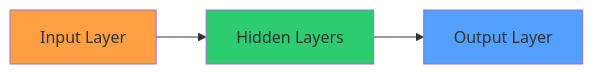
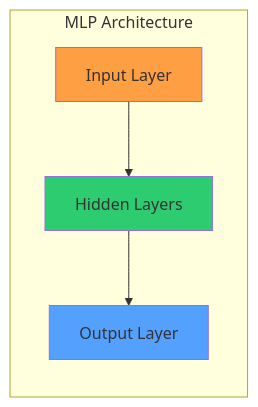
Before and after one commit to mabreyes/dlsu-lecture-slides: the first of 39 diagrams in mlp.md, drawn with Mermaid. The commit also changed other lines of this file and 1 other file, not shown here.

````diff
--- a/mlp.md
+++ b/mlp.md
@@ -43,9 +43,11 @@
 ```mermaid
 %%{init: {"theme": "default"}}%%
 flowchart LR
-    A["Input Layer"] --> B["Hidden Layers"]
-    B --> C["Output Layer"]
+    subgraph "MLP Architecture"
+        A["Input Layer"] --> B["Hidden Layers"]
+        B --> C["Output Layer"]
+    end
     style A fill:#ff9f43
     style B fill:#2ecc71
     style C fill:#54a0ff
 ```
````
